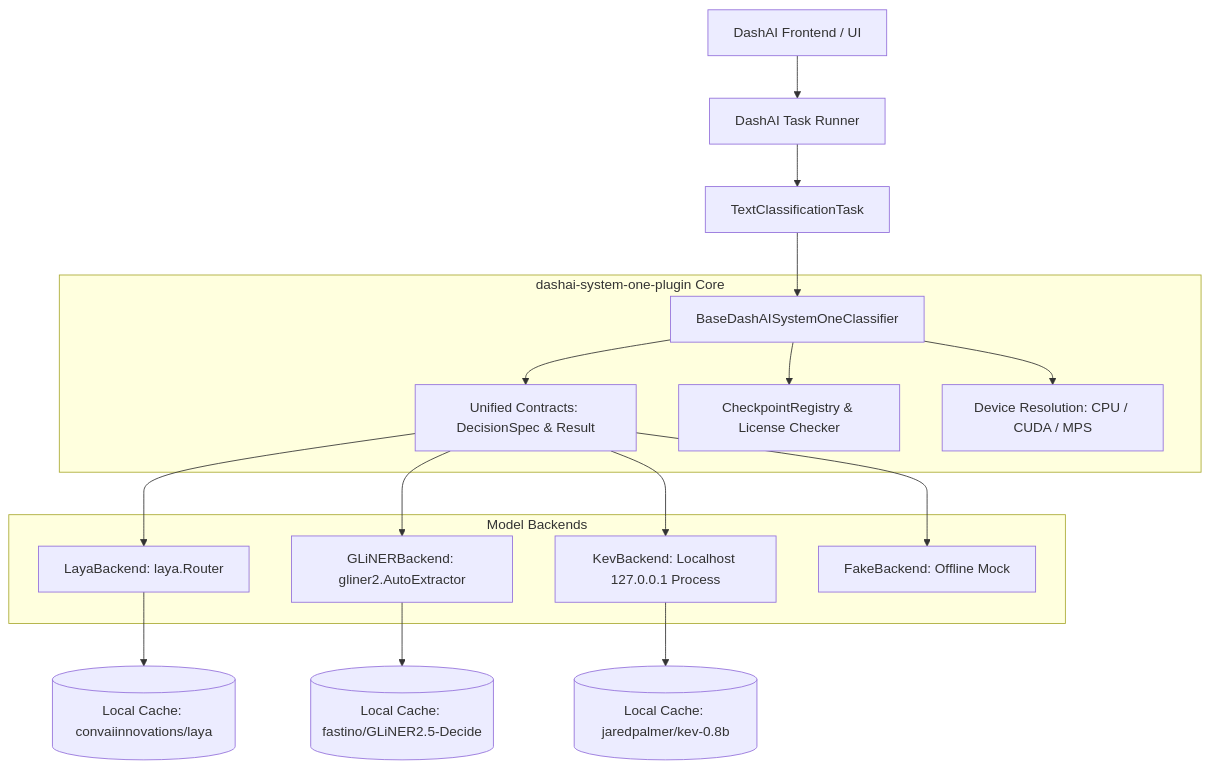
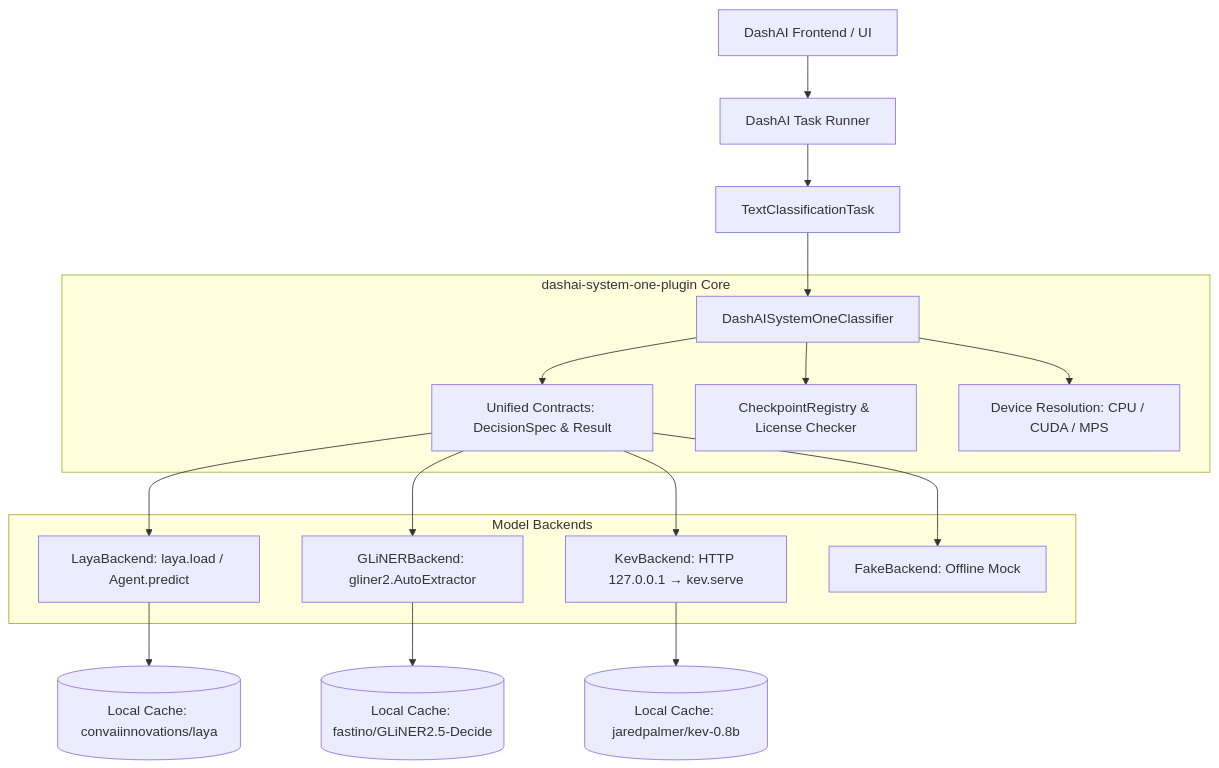
One commit to diegoolguinw/dashai_system_one_plugin changed the diagram in docs/architecture.md. Above: the diagram before and after it, drawn with Mermaid. The commit also changed other lines of this file and 14 other files, not shown here.

````diff
--- a/docs/architecture.md
+++ b/docs/architecture.md
@@ -12,23 +12,23 @@
 ```mermaid
 flowchart TD
     UI[DashAI Frontend / UI] --> Pipeline[DashAI Task Runner]
     Pipeline --> TC[TextClassificationTask]
-    TC --> PluginModel[BaseDashAISystemOneClassifier]
+    TC --> PluginModel[DashAISystemOneClassifier]
     
     subgraph PluginCore [dashai-system-one-plugin Core]
         PluginModel --> Contracts[Unified Contracts: DecisionSpec & Result]
         PluginModel --> Registry[CheckpointRegistry & License Checker]
         PluginModel --> DeviceMgr[Device Resolution: CPU / CUDA / MPS]
     end
 
     subgraph Backends [Model Backends]
-        Contracts --> Laya[LayaBackend: laya.Router]
+        Contracts --> Laya[LayaBackend: laya.load / Agent.predict]
         Contracts --> GLiNER[GLiNERBackend: gliner2.AutoExtractor]
-        Contracts --> Kev[KevBackend: Localhost 127.0.0.1 Process]
+        Contracts --> Kev[KevBackend: HTTP 127.0.0.1 → kev.serve]
         Contracts --> Fake[FakeBackend: Offline Mock]
     end
 
     Laya --> LocalWeights1[(Local Cache: convaiinnovations/laya)]
     GLiNER --> LocalWeights2[(Local Cache: fastino/GLiNER2.5-Decide)]
     Kev --> LocalWeights3[(Local Cache: jaredpalmer/kev-0.8b)]
 ```
````
